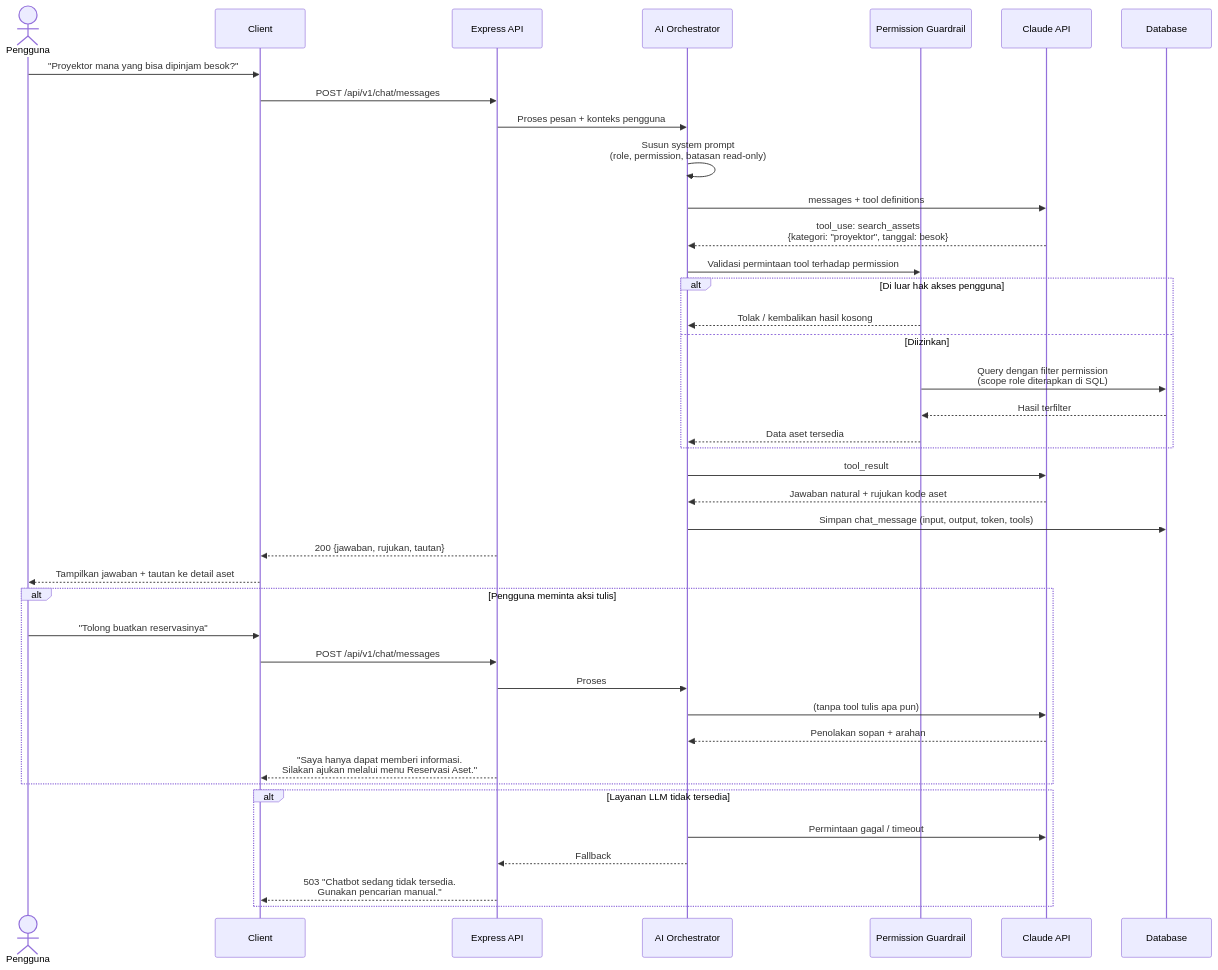
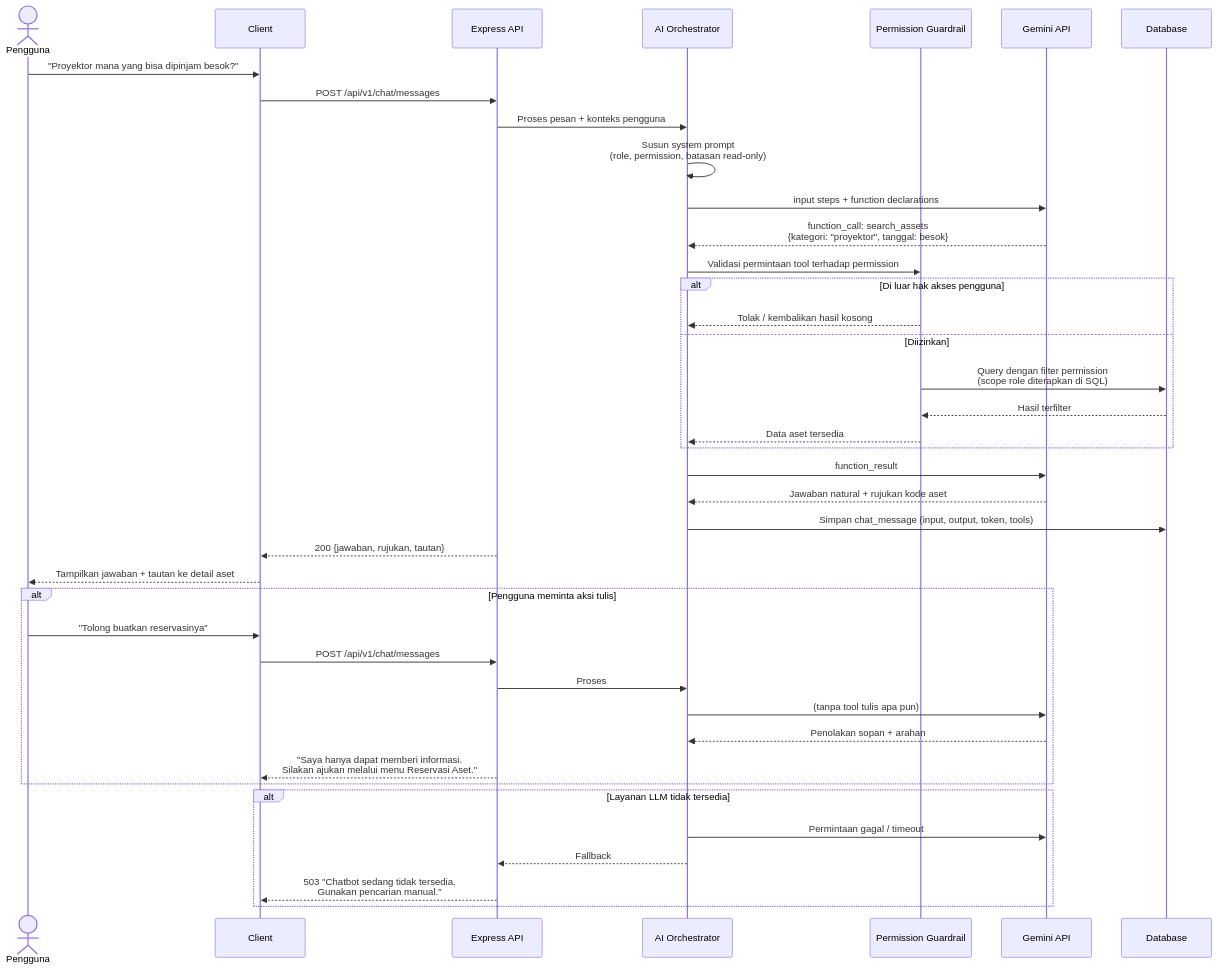
One commit to HanzzzBD/SIGM4 changed the diagram in docs/PRD/02-modules/m19-chatbot.md. Above: the diagram before and after it, drawn with Mermaid. The commit also changed 17 other files, not shown here.

````diff
--- a/docs/PRD/02-modules/m19-chatbot.md
+++ b/docs/PRD/02-modules/m19-chatbot.md
@@ -29,47 +29,47 @@
 ```mermaid
 sequenceDiagram
     actor U as Pengguna
     participant C as Client
     participant API as Express API
     participant AI as AI Orchestrator
     participant GUARD as Permission Guardrail
-    participant LLM as Claude API
+    participant LLM as Gemini API
     participant DB as Database
 
     U->>C: "Proyektor mana yang bisa dipinjam besok?"
     C->>API: POST /api/v1/chat/messages
     API->>AI: Proses pesan + konteks pengguna
     AI->>AI: Susun system prompt<br/>(role, permission, batasan read-only)
-    AI->>LLM: messages + tool definitions
-    LLM-->>AI: tool_use: search_assets<br/>{kategori: "proyektor", tanggal: besok}
+    AI->>LLM: input steps + function declarations
+    LLM-->>AI: function_call: search_assets<br/>{kategori: "proyektor", tanggal: besok}
 
     AI->>GUARD: Validasi permintaan tool terhadap permission
     alt Di luar hak akses pengguna
         GUARD-->>AI: Tolak / kembalikan hasil kosong
     else Diizinkan
         GUARD->>DB: Query dengan filter permission<br/>(scope role diterapkan di SQL)
         DB-->>GUARD: Hasil terfilter
         GUARD-->>AI: Data aset tersedia
     end
 
-    AI->>LLM: tool_result
+    AI->>LLM: function_result
     LLM-->>AI: Jawaban natural + rujukan kode aset
     AI->>DB: Simpan chat_message (input, output, token, tools)
     API-->>C: 200 {jawaban, rujukan, tautan}
     C-->>U: Tampilkan jawaban + tautan ke detail aset
 
     alt Pengguna meminta aksi tulis
         U->>C: "Tolong buatkan reservasinya"
         C->>API: POST /api/v1/chat/messages
         API->>AI: Proses
         AI->>LLM: (tanpa tool tulis apa pun)
         LLM-->>AI: Penolakan sopan + arahan
         API-->>C: "Saya hanya dapat memberi informasi.<br/>Silakan ajukan melalui menu Reservasi Aset."
     end
 
     alt Layanan LLM tidak tersedia
         AI->>LLM: Permintaan gagal / timeout
         AI-->>API: Fallback
         API-->>C: 503 "Chatbot sedang tidak tersedia.<br/>Gunakan pencarian manual."
     end
 ```
````
